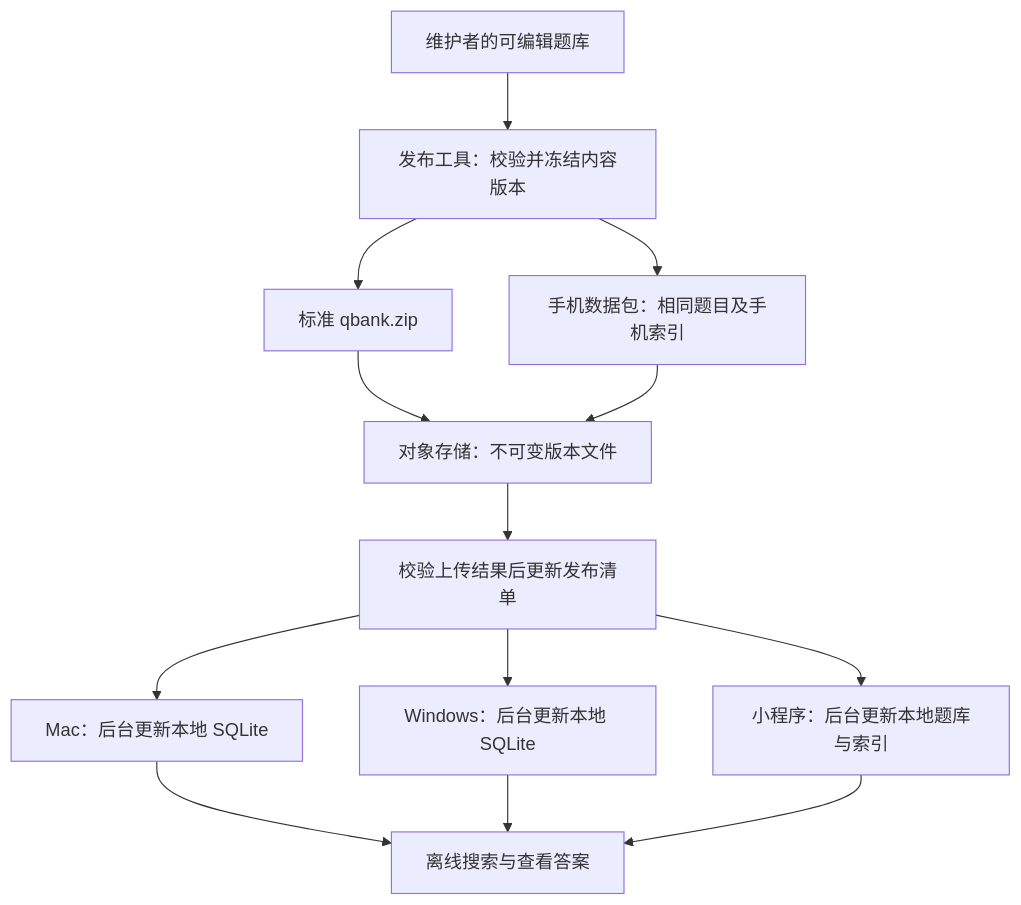
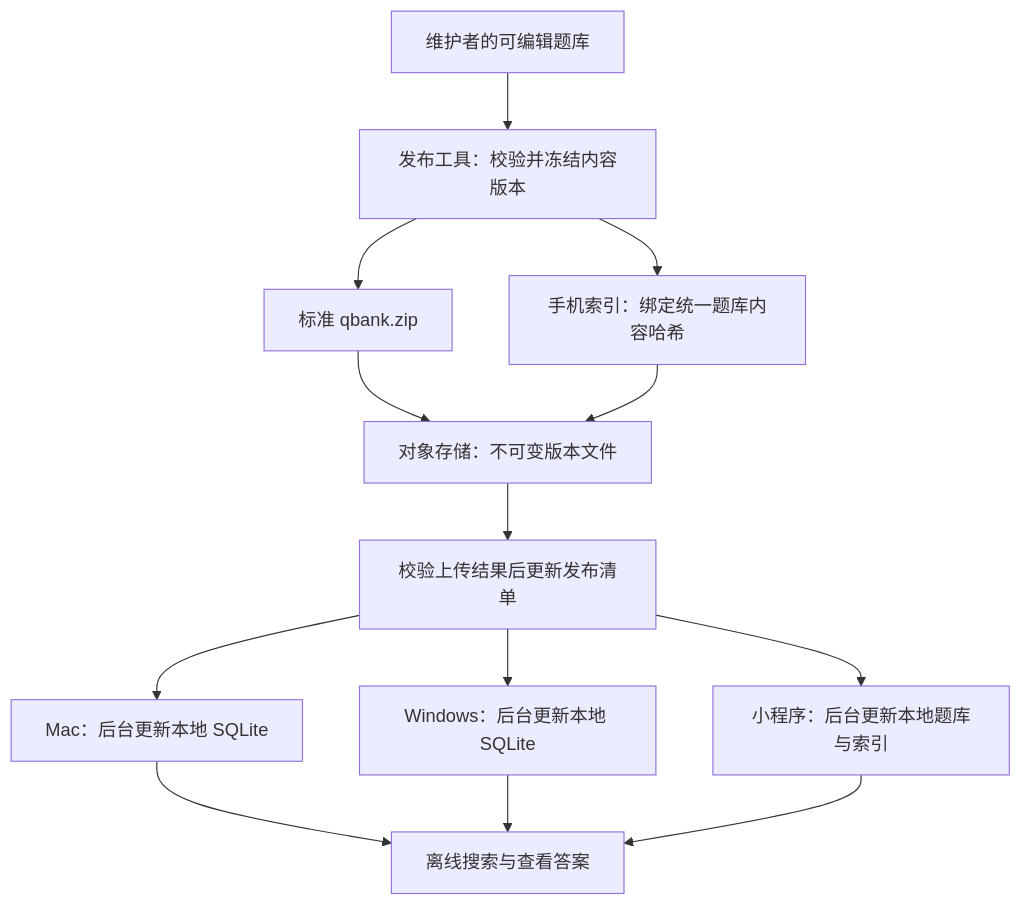
One commit to qingye0312-cpu/question-bank changed the diagram in 三端题库发布与自动更新方案_待审核.md. Above: the diagram before and after it, drawn with Mermaid. The commit also changed other lines of this file and 27 other files, not shown here.

````diff
--- a/三端题库发布与自动更新方案_待审核.md
+++ b/三端题库发布与自动更新方案_待审核.md
@@ -33,15 +35,15 @@
 ```mermaid
 flowchart TD
     A[维护者的可编辑题库] --> B[发布工具：校验并冻结内容版本]
     B --> C[标准 qbank.zip]
-    B --> D[手机数据包：相同题目及手机索引]
+    B --> D[手机索引：绑定统一题库内容哈希]
     C --> E[对象存储：不可变版本文件]
     D --> E
     E --> F[校验上传结果后更新发布清单]
     F --> G[Mac：后台更新本地 SQLite]
     F --> H[Windows：后台更新本地 SQLite]
     F --> I[小程序：后台更新本地题库与索引]
     G --> J[离线搜索与查看答案]
     H --> J
     I --> J
 ```
````
